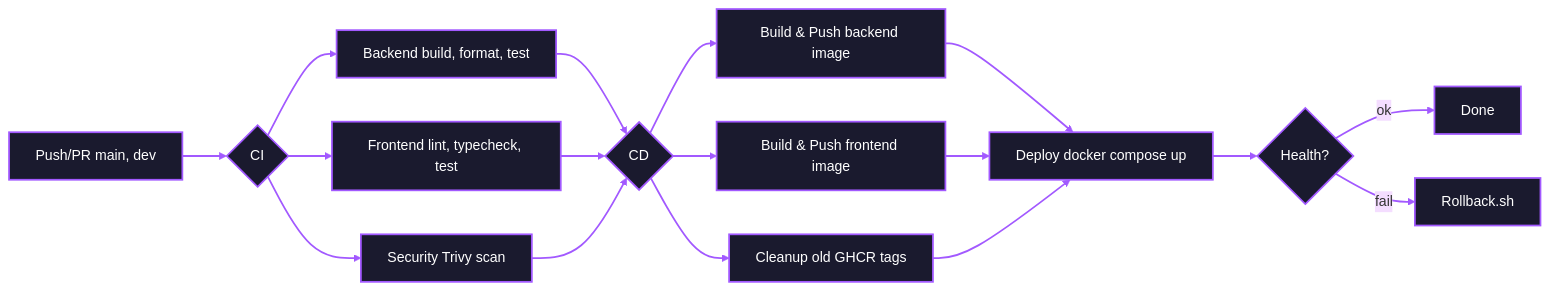
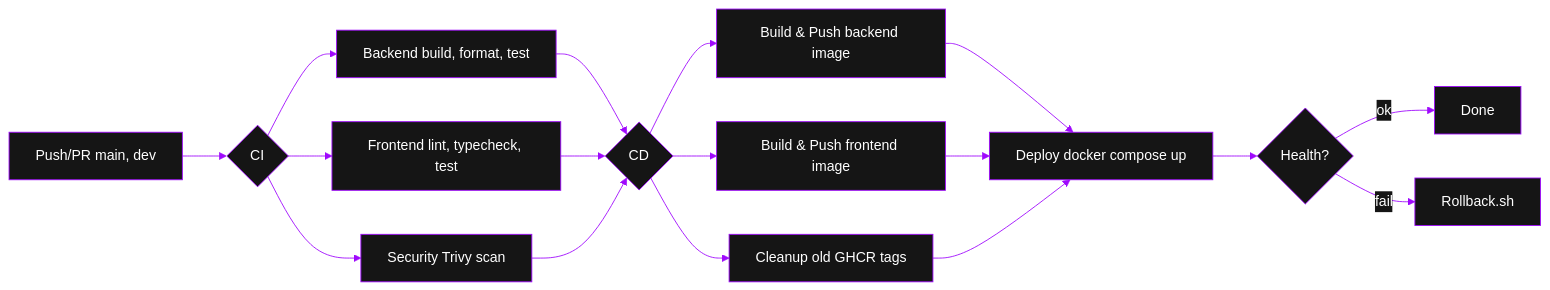
One commit to alanarzumanjan/SmartAnimalShelter changed the diagram in .github/Deployment.md. Above: the diagram before and after it, drawn with Mermaid. The commit also changed 1 other file, not shown here.

Commit message:
refactor: enhance mermaid diagram styling and update deployment image

````diff
--- a/.github/Deployment.md
+++ b/.github/Deployment.md
@@ -3,24 +3,34 @@
 ```mermaid
-%%{init: { 'theme': 'base', 'themeVariables': { 'background': 'transparent' } } }%%
+%%{init: {
+  'theme': 'base',
+  'themeVariables': {
+    'canvasBackground': 'transparent',
+    'background': 'transparent',
+    'primaryColor': '#151515',
+    'primaryBorderColor': '#9f08fd',
+    'primaryTextColor': '#ffffff',
+    'lineColor': '#9f08fd',
+    'tertiaryColor': '#151515',
+    'fontSize': '16px'
+  }
+}}%%
 flowchart LR
-    classDef default stroke:#a259ff,stroke-width:2px,fill:#1a1a2e,color:#ffffff;
-    linkStyle default stroke:#a259ff,stroke-width:2px;
-
     A[Push/PR main, dev] --> B{CI}
     B --> C[Backend build, format, test]
     B --> D[Frontend lint, typecheck, test]
     B --> E[Security Trivy scan]
     
     C & D & E --> F{CD}
     F --> G[Build & Push backend image]
     F --> H[Build & Push frontend image]
     F --> I[Cleanup old GHCR tags]
 
     G --> J[Deploy docker compose up]
     H --> J[Deploy docker compose up]
     I --> J[Deploy docker compose up]
     
     J --> K{Health?}
     K -->|ok| L[Done]
     K -->|fail| M[Rollback.sh]
+
 ```
````
